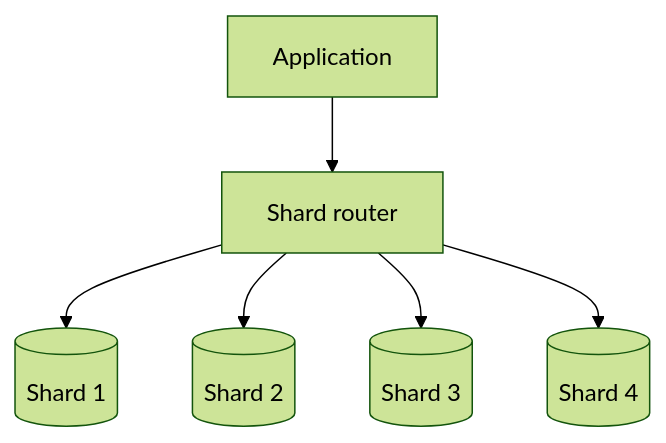
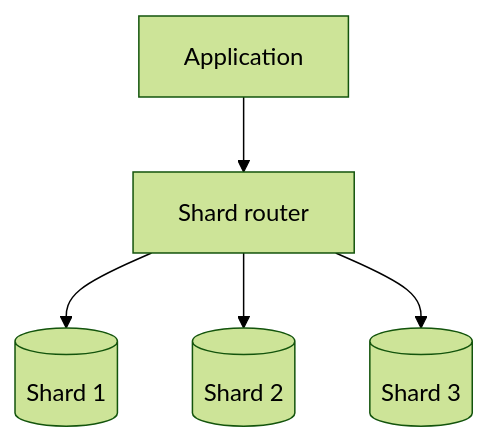
The fifth of 8 diagrams in src/content/system-design/db-scaling.md (AvadhBhalodiya/Interview-Preparation), drawn with Mermaid (forest theme) before and after one commit. The commit also changed other lines of this file and 54 other files, not shown here.

````diff
--- a/src/content/system-design/db-scaling.md
+++ b/src/content/system-design/db-scaling.md
@@ -642,8 +490,7 @@
 ```mermaid
 flowchart TD
     App[Application] --> Router[Shard router]
     Router --> S1[(Shard 1)]
     Router --> S2[(Shard 2)]
     Router --> S3[(Shard 3)]
-    Router --> S4[(Shard 4)]
 ```
````
